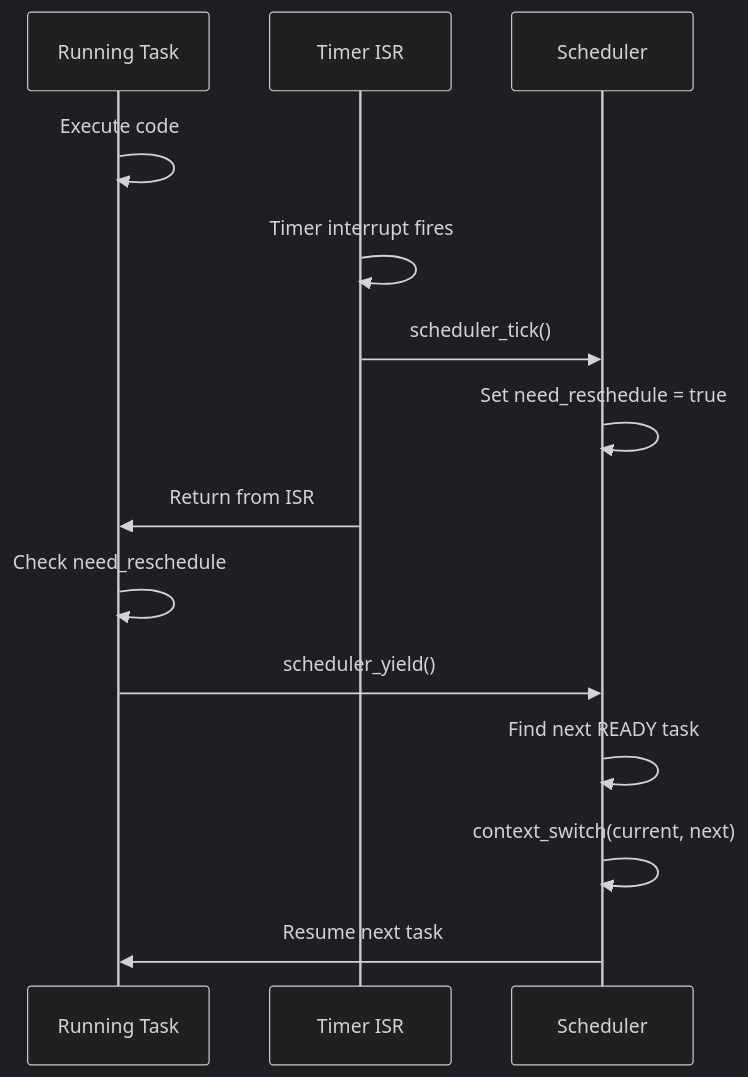
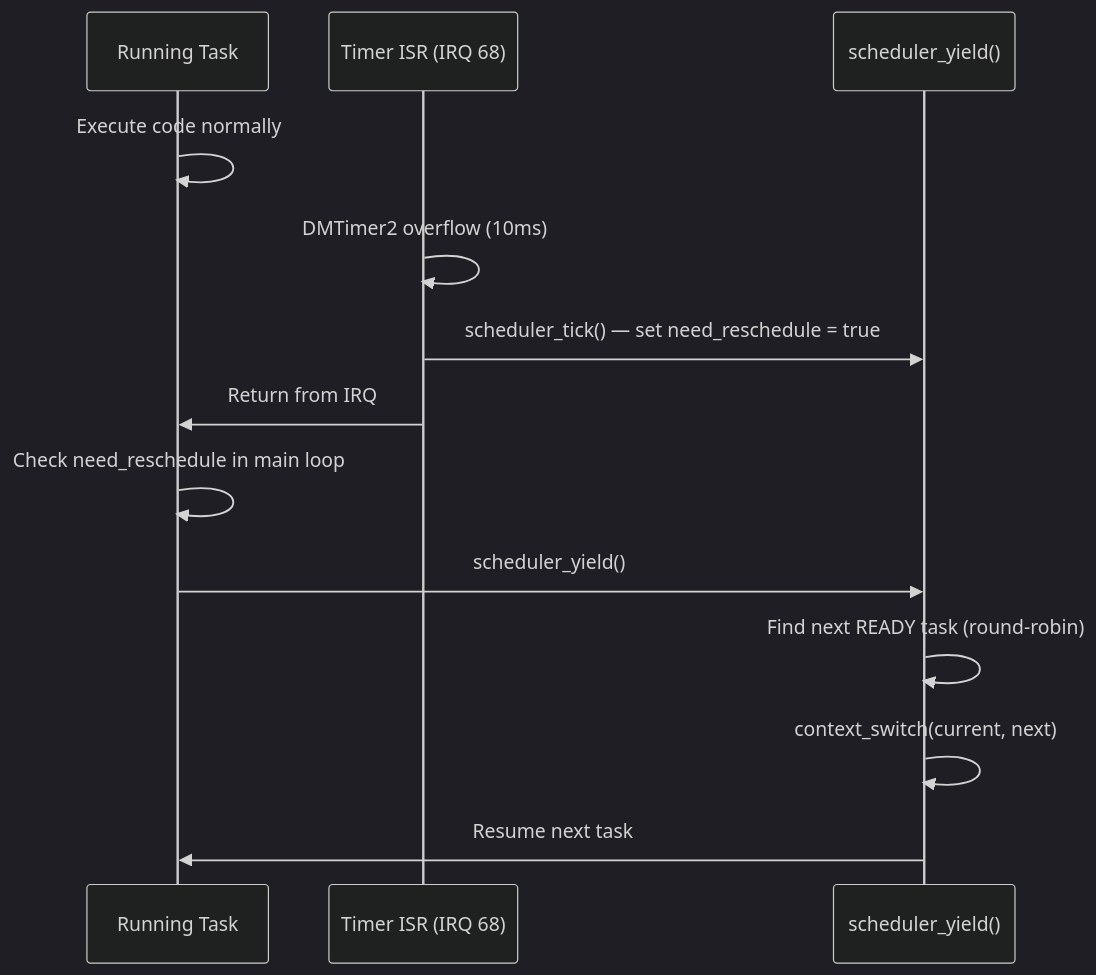
The second of 2 diagrams in VinixOS/docs/05-task-and-scheduler.md (MizuCaster/Vinix-OS), drawn with Mermaid (dark theme) before and after one commit. The commit also changed other lines of this file and 18 other files, not shown here.

````diff
--- a/VinixOS/docs/05-task-and-scheduler.md
+++ b/VinixOS/docs/05-task-and-scheduler.md
@@ -255,17 +234,16 @@
 ```mermaid
 sequenceDiagram
     participant Task as Running Task
-    participant Timer as Timer ISR
-    participant Sched as Scheduler
-    
-    Task->>Task: Execute code
-    Timer->>Timer: Timer interrupt fires
-    Timer->>Sched: scheduler_tick()
-    Sched->>Sched: Set need_reschedule = true
-    Timer->>Task: Return from ISR
-    Task->>Task: Check need_reschedule
+    participant Timer as Timer ISR (IRQ 68)
+    participant Sched as scheduler_yield()
+
+    Task->>Task: Execute code normally
+    Timer->>Timer: DMTimer2 overflow (10ms)
+    Timer->>Sched: scheduler_tick() — set need_reschedule = true
+    Timer->>Task: Return from IRQ
+    Task->>Task: Check need_reschedule in main loop
     Task->>Sched: scheduler_yield()
-    Sched->>Sched: Find next READY task
+    Sched->>Sched: Find next READY task (round-robin)
     Sched->>Sched: context_switch(current, next)
     Sched->>Task: Resume next task
 ```
````
